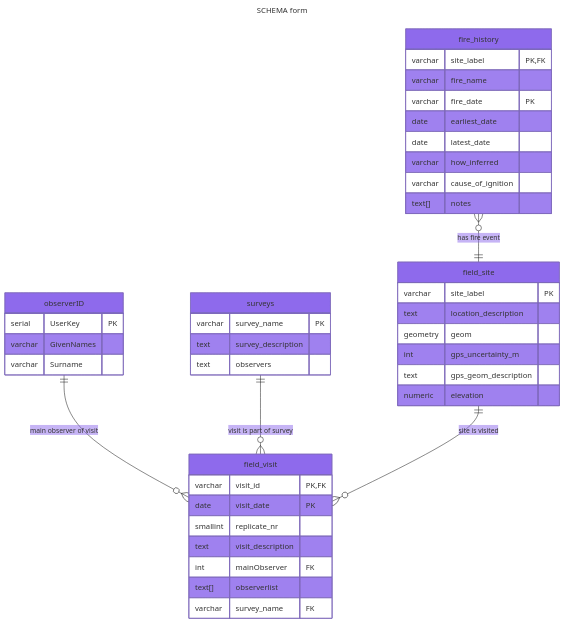
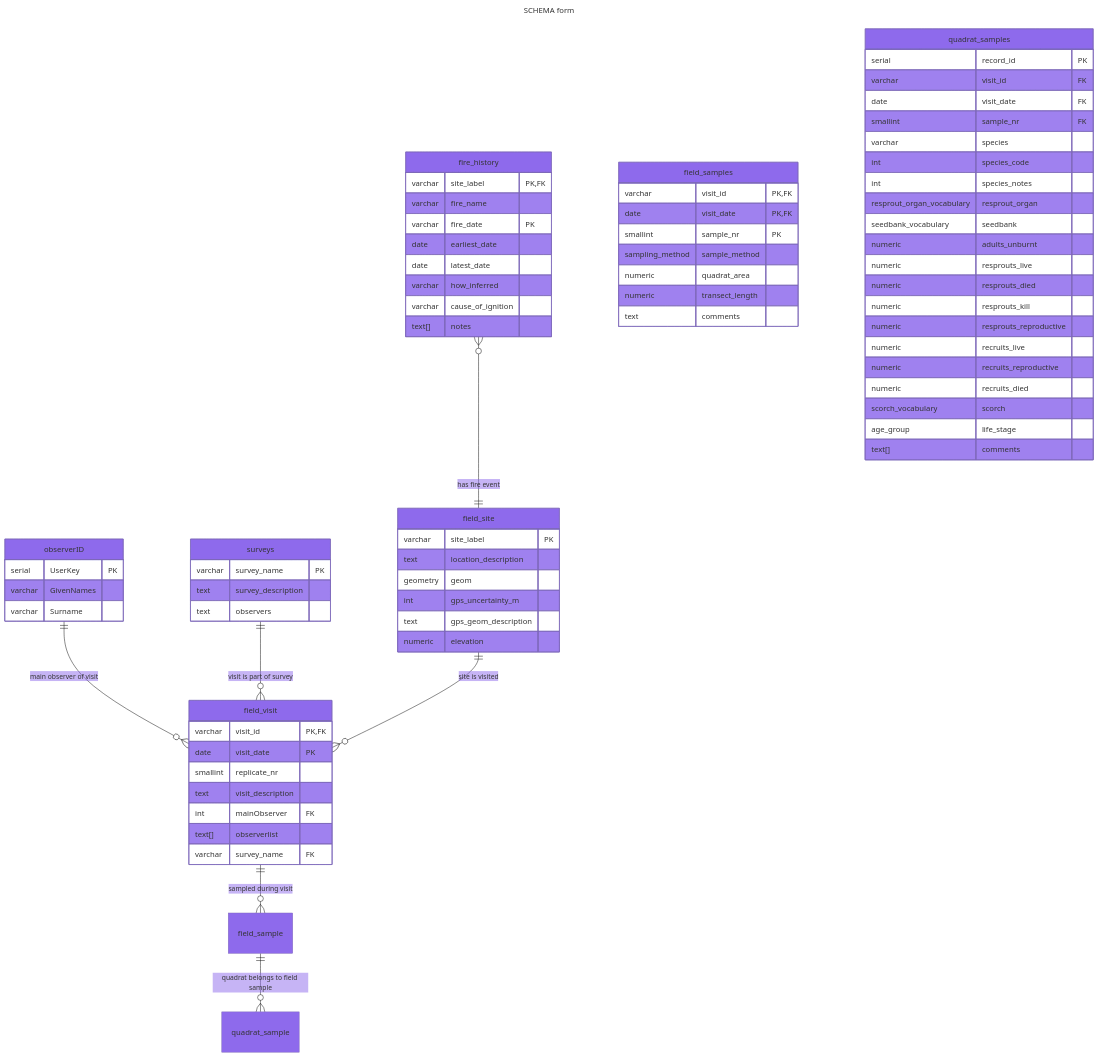
Before and after one commit to ces-unsw-edu-au/fireveg-db: the diagram in figs/ER-field-schema.mmd, drawn with Mermaid. The commit also changed 1 other file, not shown here.

Commit message:
update schema figures

```diff
--- a/figs/ER-field-schema.mmd
+++ b/figs/ER-field-schema.mmd
@@ -1,46 +1,79 @@
 ---
 title: SCHEMA form
 ---
 %%{init: {'theme': 'base', 'themeVariables': { 'primaryColor': '#8e6aec', 'edgeLabelBackground':'#012074', 'tertiaryColor': '#8e6aec'}}}%%
 erDiagram
     observerID {
         serial UserKey PK
         varchar GivenNames
         varchar Surname
     }
     field_site {
         varchar site_label PK 
         text location_description
         geometry geom
         int gps_uncertainty_m 
         text gps_geom_description 
         numeric elevation 
     }
     surveys {
         varchar survey_name PK
         text survey_description
         text observers
     }
     field_visit {
         varchar visit_id PK, FK
         date visit_date PK
         smallint replicate_nr 
         text visit_description 
         int mainObserver FK
         text[] observerlist 
         varchar survey_name FK
     }
     fire_history {
         varchar site_label PK, FK
         varchar fire_name 
         varchar fire_date PK
         date earliest_date 
         date latest_date 
         varchar how_inferred
         varchar cause_of_ignition 
         text[] notes 
     }
+    field_samples {
+        varchar visit_id PK, FK
+        date visit_date PK, FK
+        smallint sample_nr PK
+        sampling_method sample_method
+        numeric quadrat_area 
+        numeric transect_length 
+        text comments
+    }
+    quadrat_samples {
+        serial record_id PK
+        varchar visit_id FK
+        date visit_date FK
+        smallint sample_nr FK
+        varchar species 
+        int species_code 
+        int species_notes 
+        resprout_organ_vocabulary resprout_organ
+        seedbank_vocabulary seedbank 
+        numeric adults_unburnt 
+        numeric resprouts_live 
+        numeric resprouts_died 
+        numeric resprouts_kill 
+        numeric resprouts_reproductive 
+        numeric recruits_live 
+        numeric recruits_reproductive 
+        numeric recruits_died 
+        scorch_vocabulary scorch 
+        age_group life_stage 
+        text[] comments 
+    }
     observerID ||--o{ field_visit : "main observer of visit"
     surveys ||--o{ field_visit : "visit is part of survey"
     field_site ||--o{ field_visit : "site is visited"
     fire_history }o--|| field_site : "has fire event"
+    field_visit ||--o{ field_sample : "sampled during visit"
+    field_sample ||--o{ quadrat_sample : "quadrat belongs to field sample"
```
